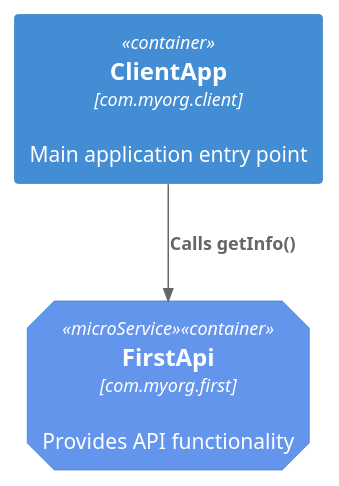
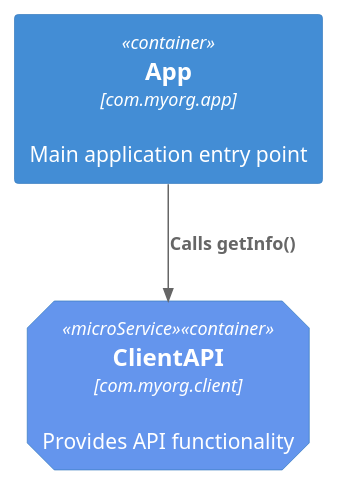
Before and after one commit to ebd622/java-samples: the diagram in modularization/examples/C4.puml, drawn with PlantUML. The commit also changed 2 other files, not shown here.

```diff
--- a/modularization/examples/C4.puml
+++ b/modularization/examples/C4.puml
@@ -1,11 +1,11 @@
 @startuml
 !include https://raw.githubusercontent.com/plantuml-stdlib/C4-PlantUML/master/C4_Component.puml
 
 AddElementTag("microService", $shape=EightSidedShape(), $bgColor="CornflowerBlue", $fontColor="white", $legendText="micro service\neight sided")
 
-Container(clientApp, "ClientApp", "com.myorg.client", "Main application entry point")
-Container(firstApi, "FirstApi", "com.myorg.first", "Provides API functionality", $tags = "microService")
+Container(app, "App", "com.myorg.app", "Main application entry point")
+Container(clientAPI, "ClientAPI", "com.myorg.client", "Provides API functionality", $tags = "microService")
 
-Rel(clientApp, firstApi, "Calls getInfo()")
+Rel(app, clientAPI, "Calls getInfo()")
 
 @enduml
```
